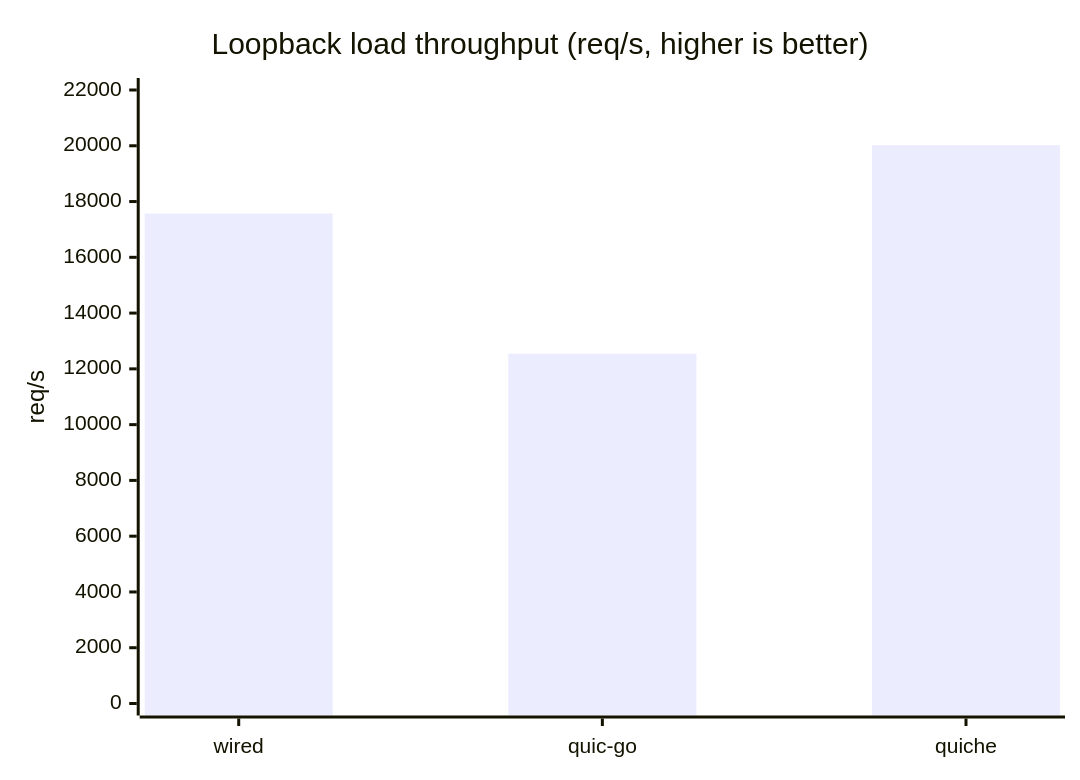
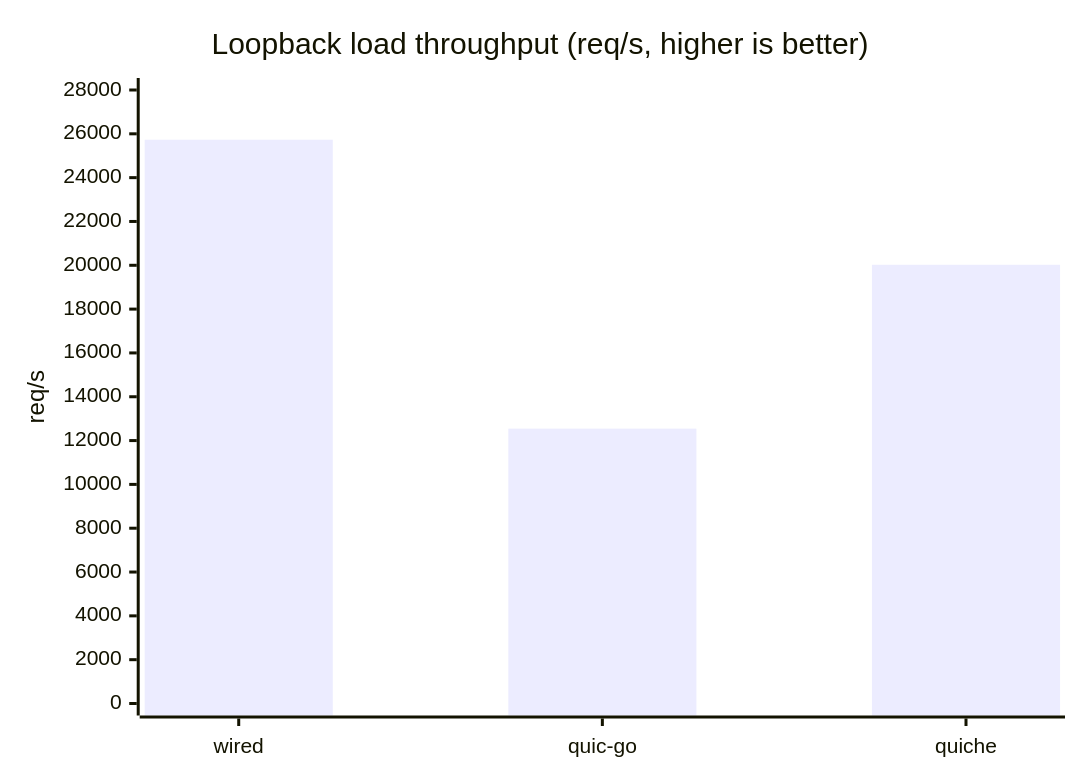
Before and after one commit to Hakkadaikon/wired: the second of 6 diagrams in docs/performance/comparison.md, drawn with Mermaid. The commit also changed other lines of this file and 1 other file, not shown here.

````diff
--- a/docs/performance/comparison.md
+++ b/docs/performance/comparison.md
@@ -248,7 +257,7 @@
 ```mermaid
 xychart-beta
     title "Loopback load throughput (req/s, higher is better)"
     x-axis ["wired", "quic-go", "quiche"]
-    y-axis "req/s" 0 --> 22000
-    bar [17572, 12544, 20023]
+    y-axis "req/s" 0 --> 28000
+    bar [25731, 12544, 20023]
 ```
````
